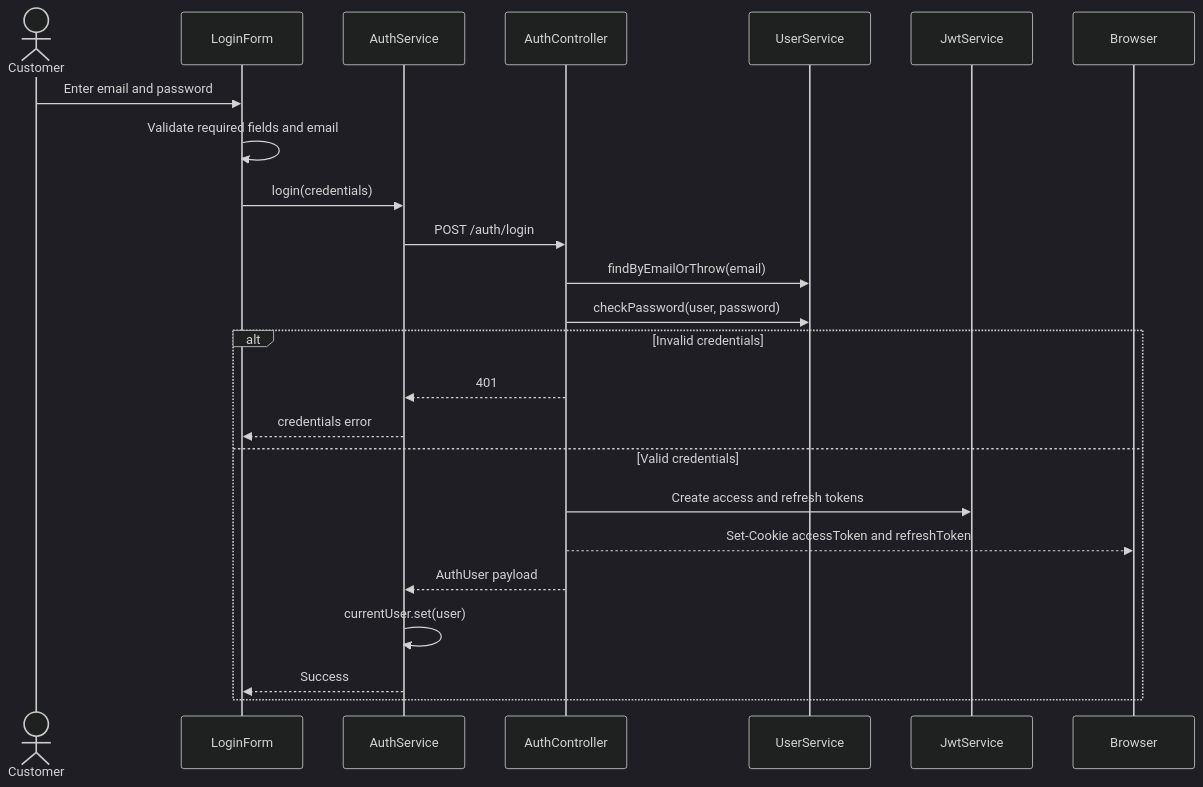
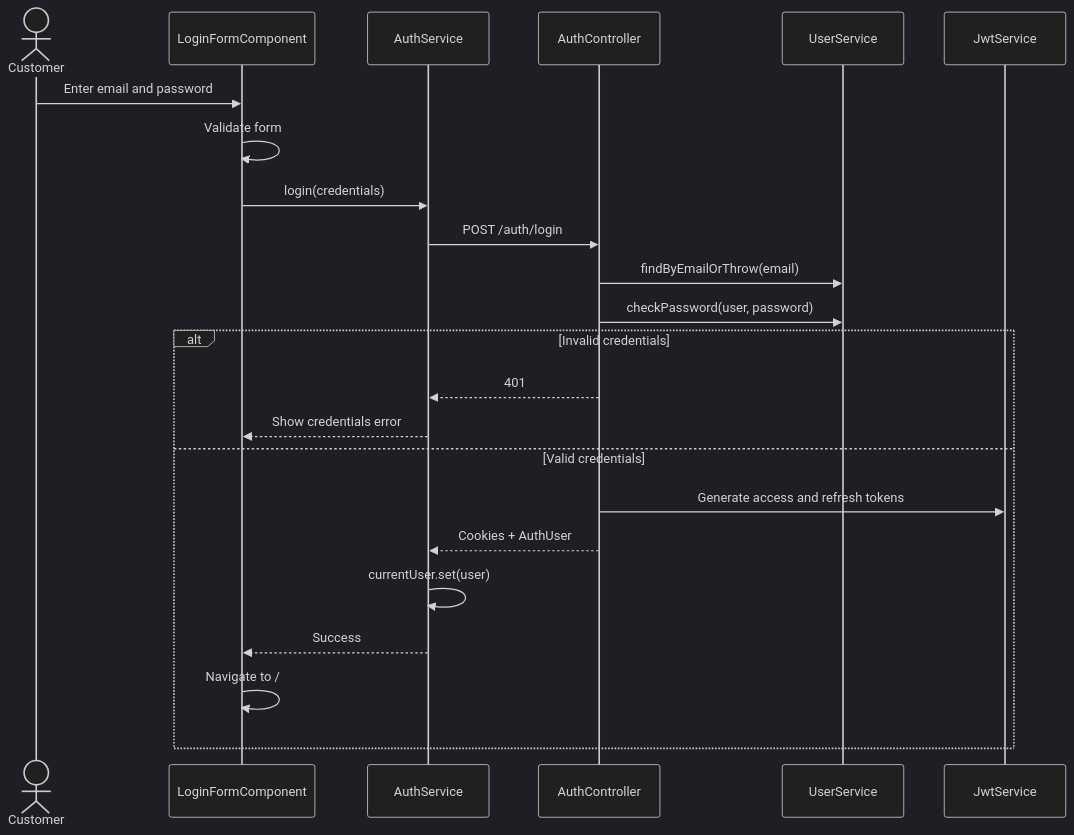
The eighth of 17 diagrams in README.md (yassineao/poetsanders), drawn with Mermaid (dark theme) before and after one commit. The commit also changed other lines of this file, not shown here.

````diff
--- a/README.md
+++ b/README.md
@@ -437,28 +586,27 @@
 ```mermaid
 sequenceDiagram
     actor Customer
-    participant LoginForm
-    participant AuthService
-    participant AuthController
-    participant UserService
+    participant Login as LoginFormComponent
+    participant Auth as AuthService
+    participant Controller as AuthController
+    participant Users as UserService
     participant JWT as JwtService
-    participant Browser
 
-    Customer->>LoginForm: Enter email and password
-    LoginForm->>LoginForm: Validate required fields and email
-    LoginForm->>AuthService: login(credentials)
-    AuthService->>AuthController: POST /auth/login
-    AuthController->>UserService: findByEmailOrThrow(email)
-    AuthController->>UserService: checkPassword(user, password)
+    Customer->>Login: Enter email and password
+    Login->>Login: Validate form
+    Login->>Auth: login(credentials)
+    Auth->>Controller: POST /auth/login
+    Controller->>Users: findByEmailOrThrow(email)
+    Controller->>Users: checkPassword(user, password)
 
     alt Invalid credentials
-        AuthController-->>AuthService: 401
-        AuthService-->>LoginForm: credentials error
+        Controller-->>Auth: 401
+        Auth-->>Login: Show credentials error
     else Valid credentials
-        AuthController->>JWT: Create access and refresh tokens
-        AuthController-->>Browser: Set-Cookie accessToken and refreshToken
-        AuthController-->>AuthService: AuthUser payload
-        AuthService->>AuthService: currentUser.set(user)
-        AuthService-->>LoginForm: Success
+        Controller->>JWT: Generate access and refresh tokens
+        Controller-->>Auth: Cookies + AuthUser
+        Auth->>Auth: currentUser.set(user)
+        Auth-->>Login: Success
+        Login->>Login: Navigate to /
     end
 ```
````
